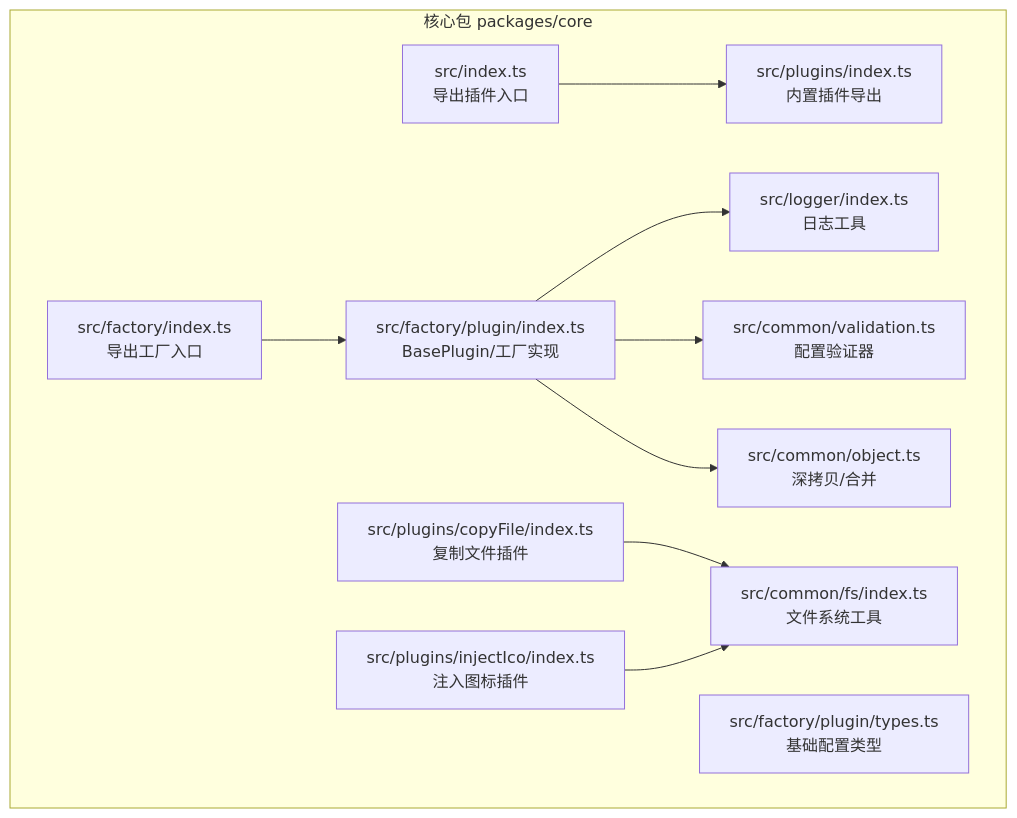
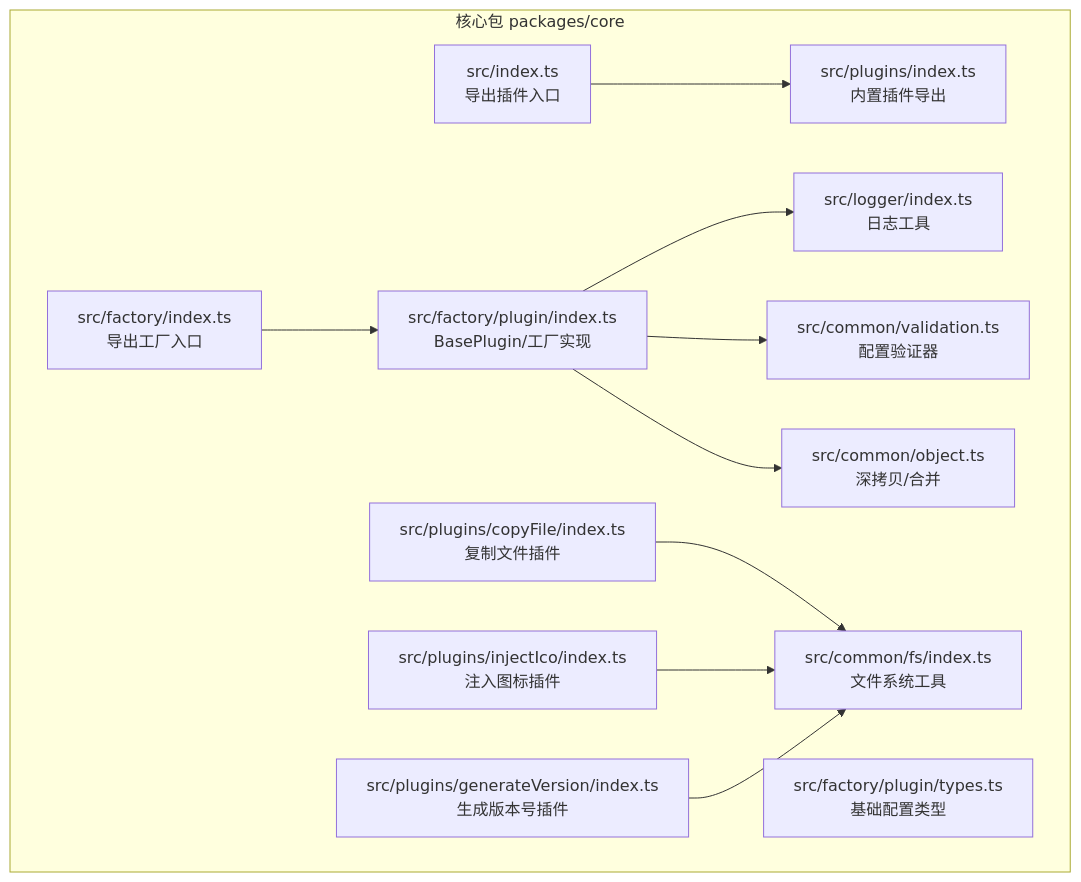
One commit to MengXi-Studio/vite-plugin changed the first of 6 diagrams in .qoder/repowiki/zh/content/插件开发/插件开发.md. Above: the diagram before and after it, drawn with Mermaid. The commit also changed other lines of this file and 3 other files, not shown here.

````diff
--- a/.qoder/repowiki/zh/content/插件开发/插件开发.md
+++ b/.qoder/repowiki/zh/content/插件开发/插件开发.md
@@ -56,23 +50,25 @@
 ```mermaid
 graph TB
 subgraph "核心包 packages/core"
 A["src/index.ts<br/>导出插件入口"]
 B["src/factory/index.ts<br/>导出工厂入口"]
 C["src/factory/plugin/index.ts<br/>BasePlugin/工厂实现"]
 D["src/factory/plugin/types.ts<br/>基础配置类型"]
 E["src/logger/index.ts<br/>日志工具"]
 F["src/common/validation.ts<br/>配置验证器"]
 G["src/common/object.ts<br/>深拷贝/合并"]
 H["src/common/fs/index.ts<br/>文件系统工具"]
 I["src/plugins/index.ts<br/>内置插件导出"]
 J["src/plugins/copyFile/index.ts<br/>复制文件插件"]
 K["src/plugins/injectIco/index.ts<br/>注入图标插件"]
+L["src/plugins/generateVersion/index.ts<br/>生成版本号插件"]
 end
 A --> I
 B --> C
 C --> E
 C --> F
 C --> G
 J --> H
 K --> H
+L --> H
 ```
````
